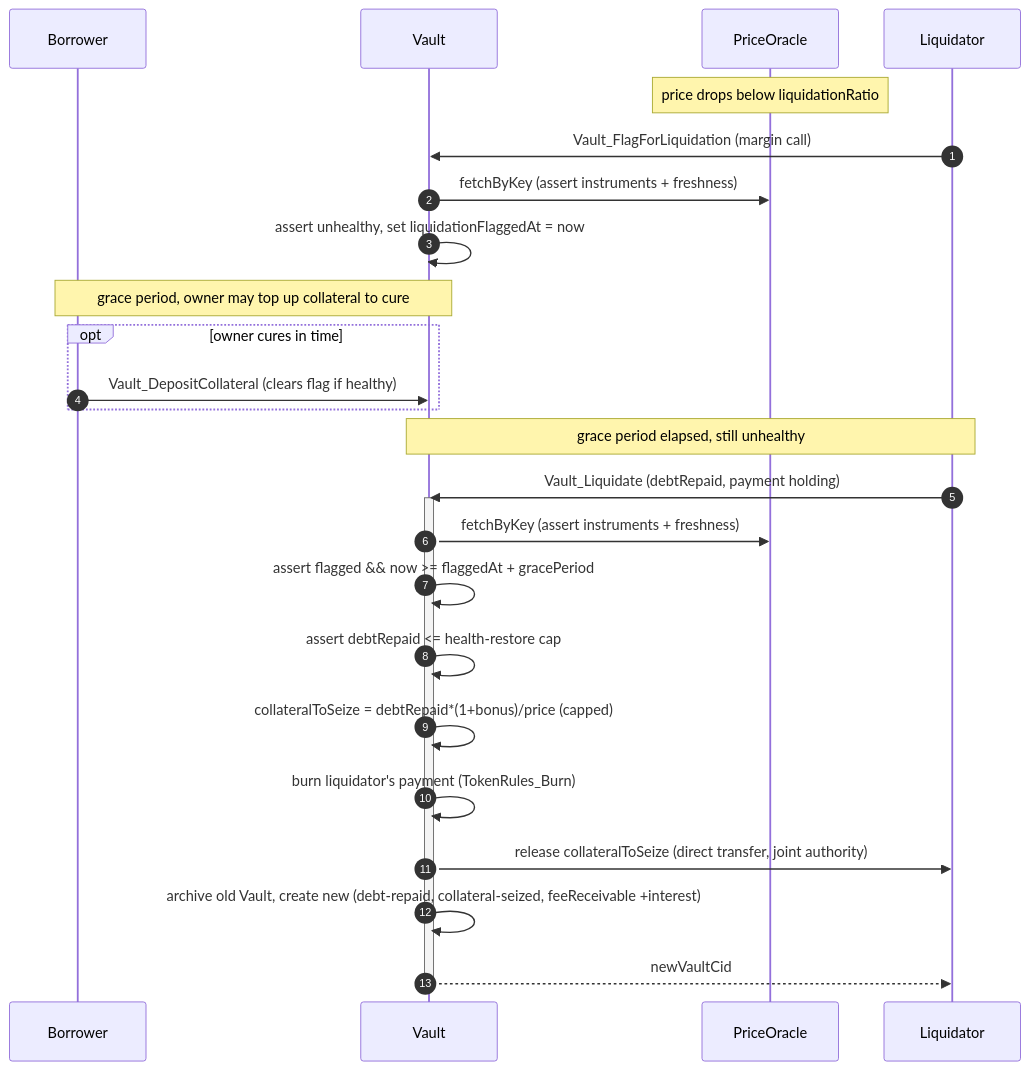
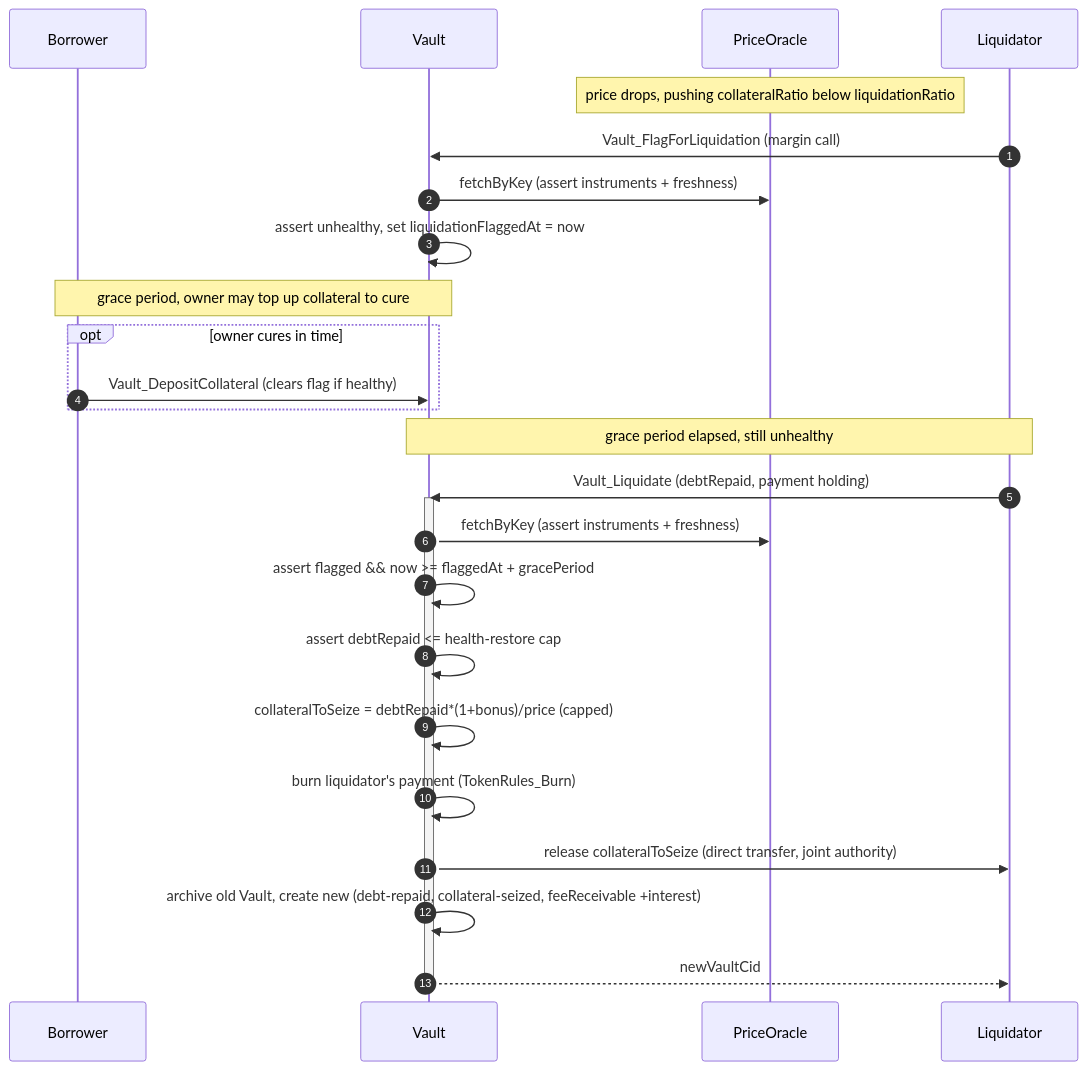
One commit to OpenZeppelin/canton-specs changed the seventh of 7 diagrams in docs/reference-architectures/lending.md. Above: the diagram before and after it, drawn with Mermaid. The commit also changed other lines of this file, not shown here.

````diff
--- a/docs/reference-architectures/lending.md
+++ b/docs/reference-architectures/lending.md
@@ -382,29 +382,29 @@
 ```mermaid
 sequenceDiagram
     autonumber
     participant B as Borrower
     participant V as Vault
     participant O as PriceOracle
     participant L as Liquidator
 
-    note over O: price drops below liquidationRatio
+    note over O: price drops, pushing collateralRatio below liquidationRatio
     L->>V: Vault_FlagForLiquidation (margin call)
     V->>O: fetchByKey (assert instruments + freshness)
     V->>V: assert unhealthy, set liquidationFlaggedAt = now
     note over B,V: grace period, owner may top up collateral to cure
     opt owner cures in time
         B->>V: Vault_DepositCollateral (clears flag if healthy)
     end
     note over L,V: grace period elapsed, still unhealthy
     L->>V: Vault_Liquidate (debtRepaid, payment holding)
     activate V
     V->>O: fetchByKey (assert instruments + freshness)
     V->>V: assert flagged && now >= flaggedAt + gracePeriod
     V->>V: assert debtRepaid <= health-restore cap
     V->>V: collateralToSeize = debtRepaid*(1+bonus)/price (capped)
     V->>V: burn liquidator's payment (TokenRules_Burn)
     V->>L: release collateralToSeize (direct transfer, joint authority)
     V->>V: archive old Vault, create new (debt-repaid, collateral-seized, feeReceivable +interest)
     V-->>L: newVaultCid
     deactivate V
 ```
````
